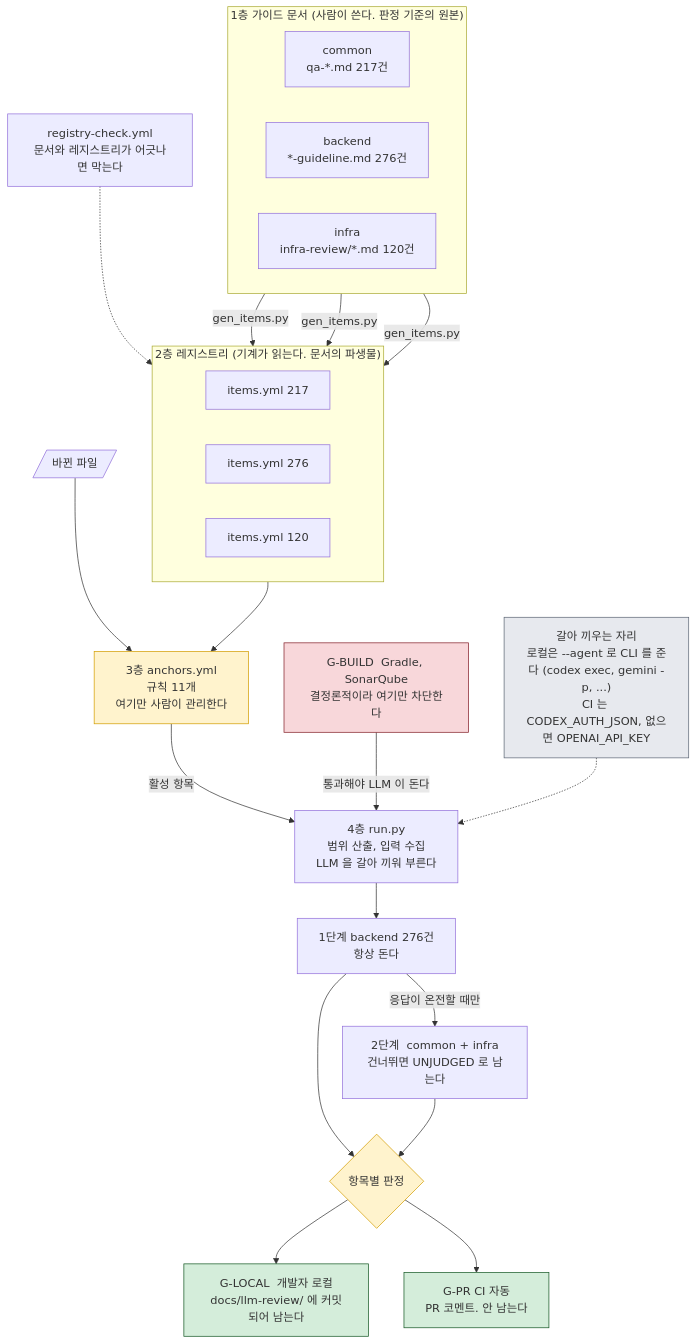
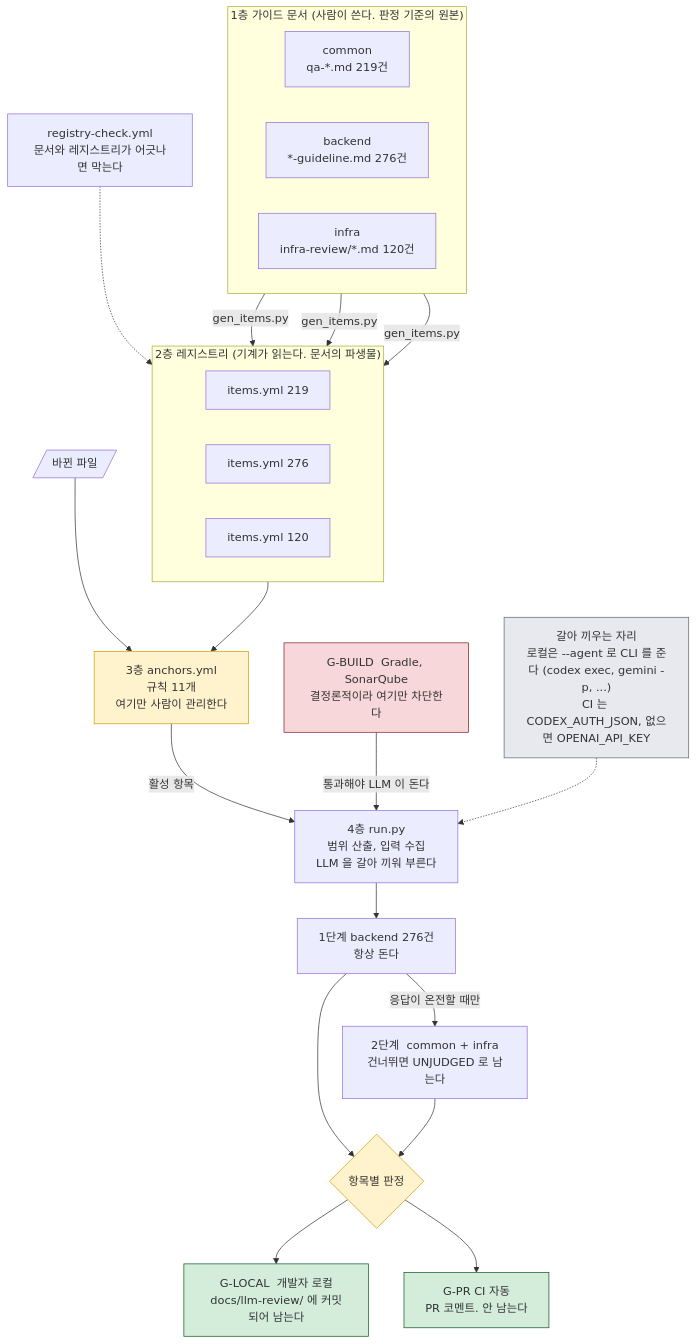
One commit to fresh-market/fm-backend changed the third of 3 diagrams in README.md. Above: the diagram before and after it, drawn with Mermaid. The commit also changed other lines of this file and 3 other files, not shown here.

````diff
--- a/README.md
+++ b/README.md
@@ -668,43 +668,43 @@
 ```mermaid
 flowchart TB
     subgraph SRC["1층  가이드 문서 (사람이 쓴다. 판정 기준의 원본)"]
         direction LR
-        DC["common<br/>qa-*.md  217건"]
+        DC["common<br/>qa-*.md  219건"]
         DB["backend<br/>*-guideline.md  276건"]
         DI["infra<br/>infra-review/*.md  120건"]
     end
 
     subgraph REG["2층  레지스트리 (기계가 읽는다. 문서의 파생물)"]
         direction LR
-        IC["items.yml  217"]
+        IC["items.yml  219"]
         IB["items.yml  276"]
         II["items.yml  120"]
     end
 
     DC -->|"gen_items.py"| IC
     DB -->|"gen_items.py"| IB
     DI -->|"gen_items.py"| II
     CHK["registry-check.yml<br/>문서와 레지스트리가 어긋나면 막는다"] -.-> REG
 
     DIFF[/"바뀐 파일"/] --> ANC
     REG --> ANC["3층  anchors.yml<br/>규칙 11개<br/>여기만 사람이 관리한다"]
     ANC -->|"활성 항목"| RUN["4층  run.py<br/>범위 산출, 입력 수집<br/>LLM 을 갈아 끼워 부른다"]
 
     BUILD["G-BUILD  Gradle, SonarQube<br/>결정론적이라 여기만 차단한다"] -->|"통과해야 LLM 이 돈다"| RUN
 
     RUN --> S1["1단계  backend 276건<br/>항상 돈다"]
     S1 -->|"응답이 온전할 때만"| S2["2단계  common + infra<br/>건너뛰면 UNJUDGED 로 남는다"]
 
     S1 --> J{"항목별 판정"}
     S2 --> J
     J --> GL["G-LOCAL  개발자 로컬<br/>docs/llm-review/ 에 커밋되어 남는다"]
     AG["갈아 끼우는 자리<br/>로컬은 --agent 로 CLI 를 준다 (codex exec, gemini -p, ...)<br/>CI 는 CODEX_AUTH_JSON, 없으면 OPENAI_API_KEY"] -.-> RUN
     J --> GP["G-PR  CI 자동<br/>PR 코멘트. 안 남는다"]
 
     style AG fill:#e7e9ee,stroke:#5d6675
     style BUILD fill:#f8d7da,stroke:#842029
     style ANC fill:#fff3cd,stroke:#d39e00
     style J fill:#fff3cd,stroke:#d39e00
     style GL fill:#d4edda,stroke:#155724
     style GP fill:#d4edda,stroke:#155724
 ```
````
